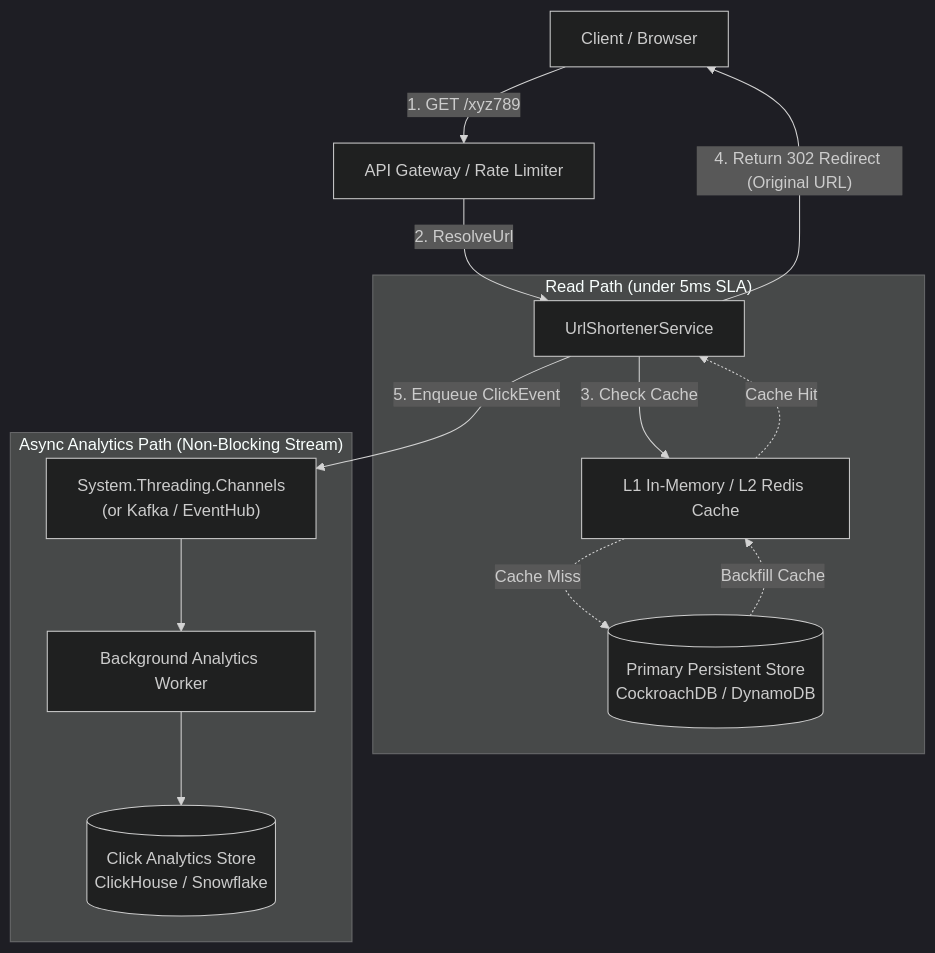
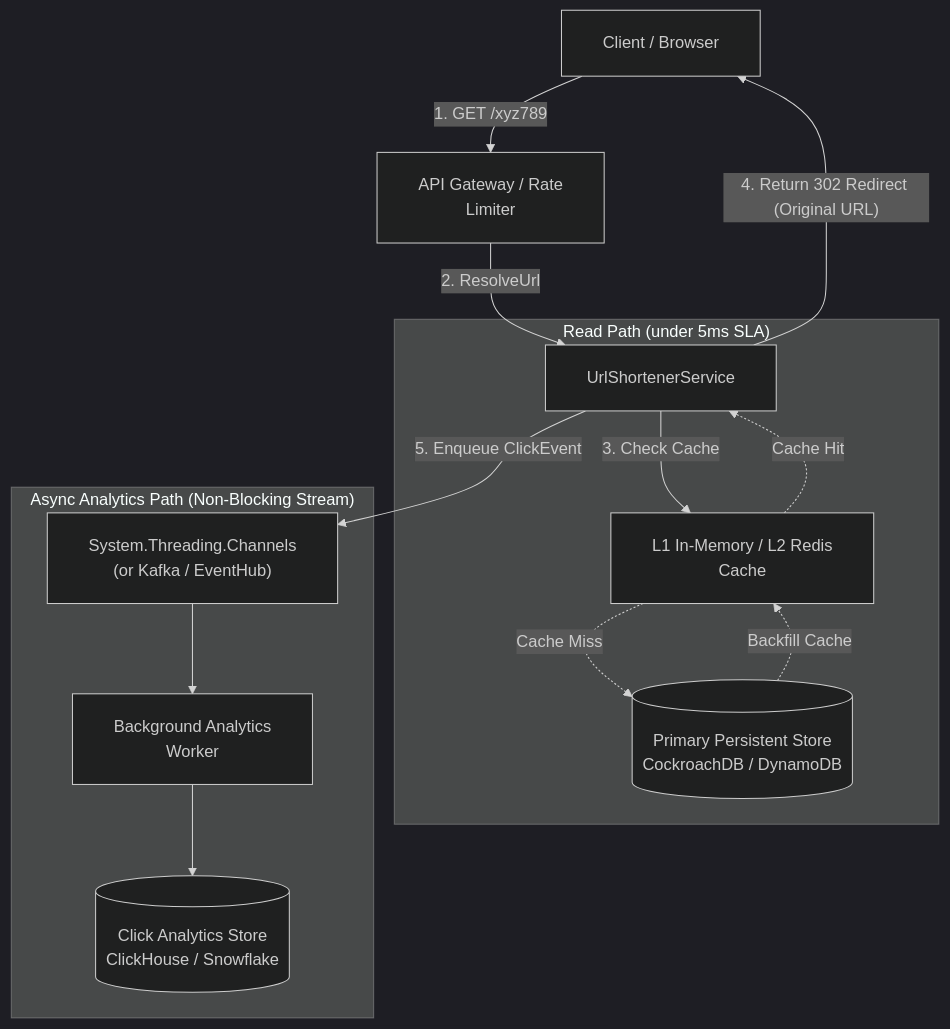
The second of 3 diagrams in LLD/04_Tier4_Senior_Backend/37_URL_Shortener.md (dip4k/DSA_102), drawn with Mermaid (dark theme) before and after one commit. The commit also changed other lines of this file and 108 other files, not shown here.

First line of the commit message:
fix(mermaid): resolve diagram clipping, padding, and syntax issues across repo

````diff
--- a/LLD/04_Tier4_Senior_Backend/37_URL_Shortener.md
+++ b/LLD/04_Tier4_Senior_Backend/37_URL_Shortener.md
@@ -30,20 +31,21 @@
 ```mermaid
+%%{init: {"flowchart": {"htmlLabels": true, "padding": 20}}}%%
 flowchart TD
-    Client["Client / Browser"] -->|"1. GET /xyz789"| Gateway["API Gateway / Rate Limiter"]
+    Client["Client / Browser"] -->|"1. GET /xyz789"| Gateway["API Gateway / Rate<br/>Limiter"]
     Gateway -->|"2. ResolveUrl"| Service["UrlShortenerService"]
     
     subgraph ReadPath ["Read Path (under 5ms SLA)"]
-        Service -->|"3. Check Cache"| Cache["L1 In-Memory / L2 Redis Cache"]
+        Service -->|"3. Check Cache"| Cache["L1 In-Memory / L2 Redis<br/>Cache"]
         Cache -.->|"Cache Hit"| Service
         Cache -.->|"Cache Miss"| DB[("Primary Persistent Store<br/>CockroachDB / DynamoDB")]
         DB -.->|"Backfill Cache"| Cache
     end
 
     Service -->|"4. Return 302 Redirect (Original URL)"| Client
     
     subgraph AsyncPath ["Async Analytics Path (Non-Blocking Stream)"]
         Service -->|"5. Enqueue ClickEvent"| Channel["System.Threading.Channels<br/>(or Kafka / EventHub)"]
-        Channel --> Worker["Background Analytics Worker"]
+        Channel --> Worker["Background Analytics<br/>Worker"]
         Worker --> AnalyticsDB[("Click Analytics Store<br/>ClickHouse / Snowflake")]
     end
 ```
````
